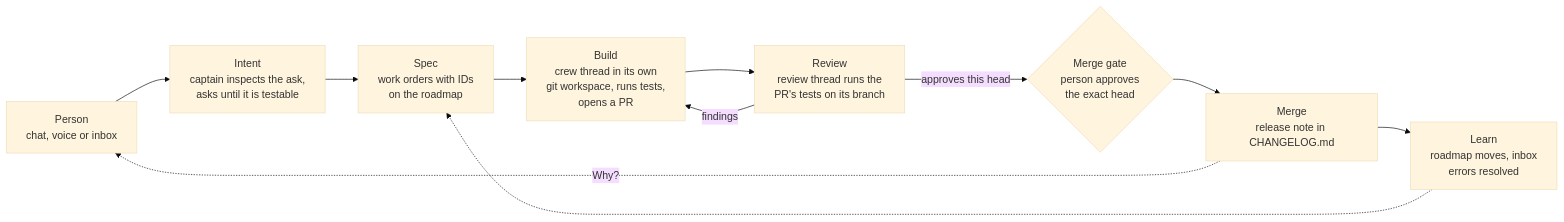
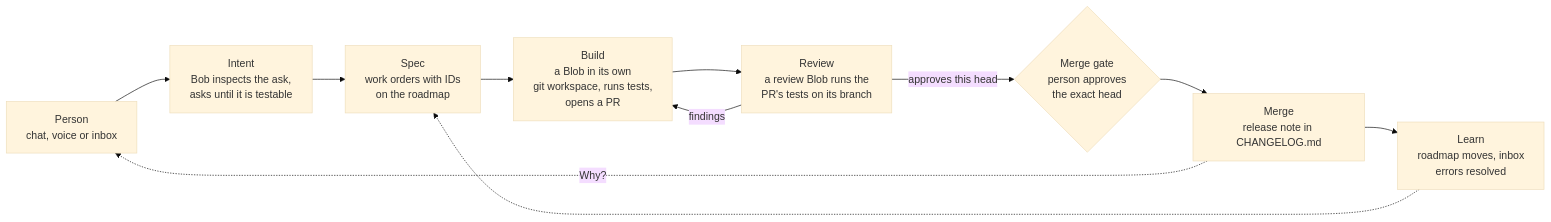
The diagram in README.md (micic-mihajlo/bob), drawn with Mermaid (base theme) before and after one commit. The commit also changed other lines of this file and 2 other files, not shown here.

Commit message:
Docs: Bob and B(l)obs, and the crew are Blobs

````diff
--- a/README.md
+++ b/README.md
@@ -5,13 +7,13 @@
 ```mermaid
 flowchart LR
-  P["Person<br/>chat, voice or inbox"] --> I["Intent<br/>captain inspects the ask,<br/>asks until it is testable"]
+  P["Person<br/>chat, voice or inbox"] --> I["Intent<br/>Bob inspects the ask,<br/>asks until it is testable"]
   I --> S["Spec<br/>work orders with IDs<br/>on the roadmap"]
-  S --> B["Build<br/>crew thread in its own<br/>git workspace, runs tests,<br/>opens a PR"]
-  B --> R["Review<br/>review thread runs the<br/>PR's tests on its branch"]
+  S --> B["Build<br/>a Blob in its own<br/>git workspace, runs tests,<br/>opens a PR"]
+  B --> R["Review<br/>a review Blob runs the<br/>PR's tests on its branch"]
   R -- "findings" --> B
   R -- "approves this head" --> G{"Merge gate<br/>person approves<br/>the exact head"}
   G --> M["Merge<br/>release note in CHANGELOG.md"]
   M --> L["Learn<br/>roadmap moves, inbox<br/>errors resolved"]
   L -.-> S
   M -. "Why?" .-> P
 ```
````
